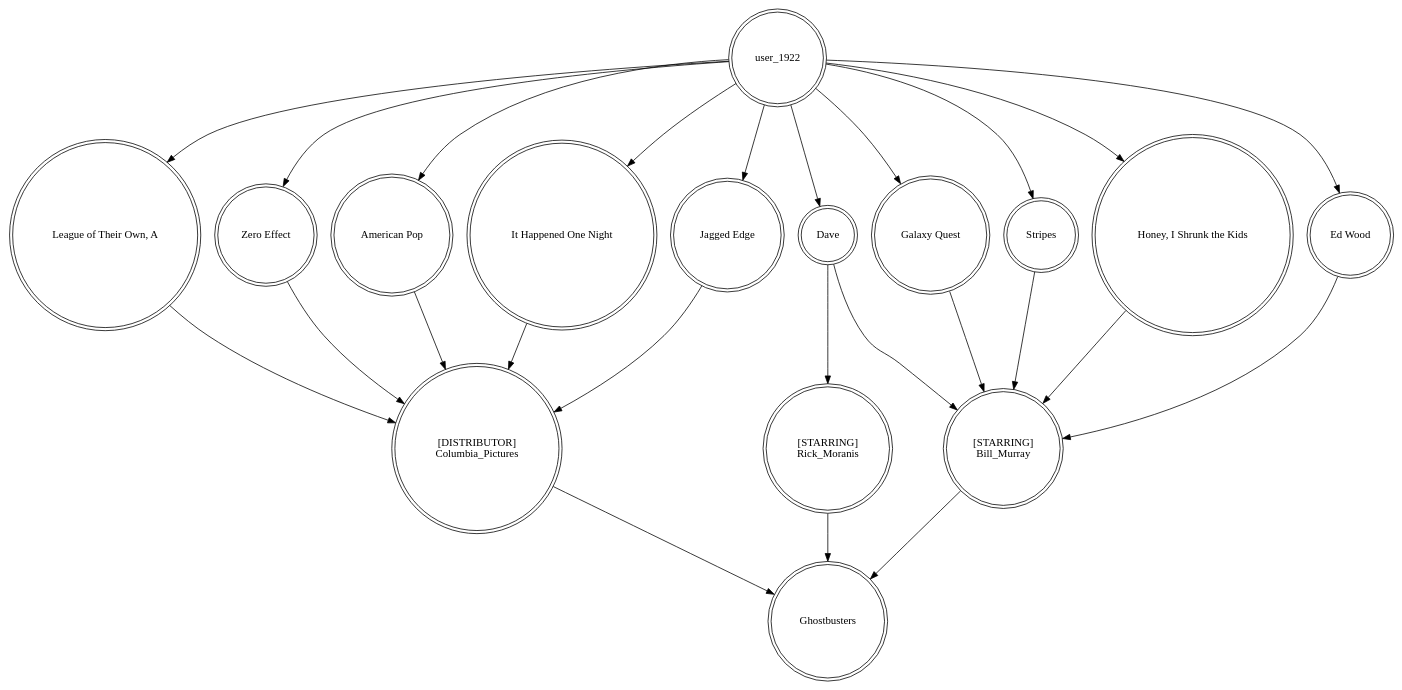
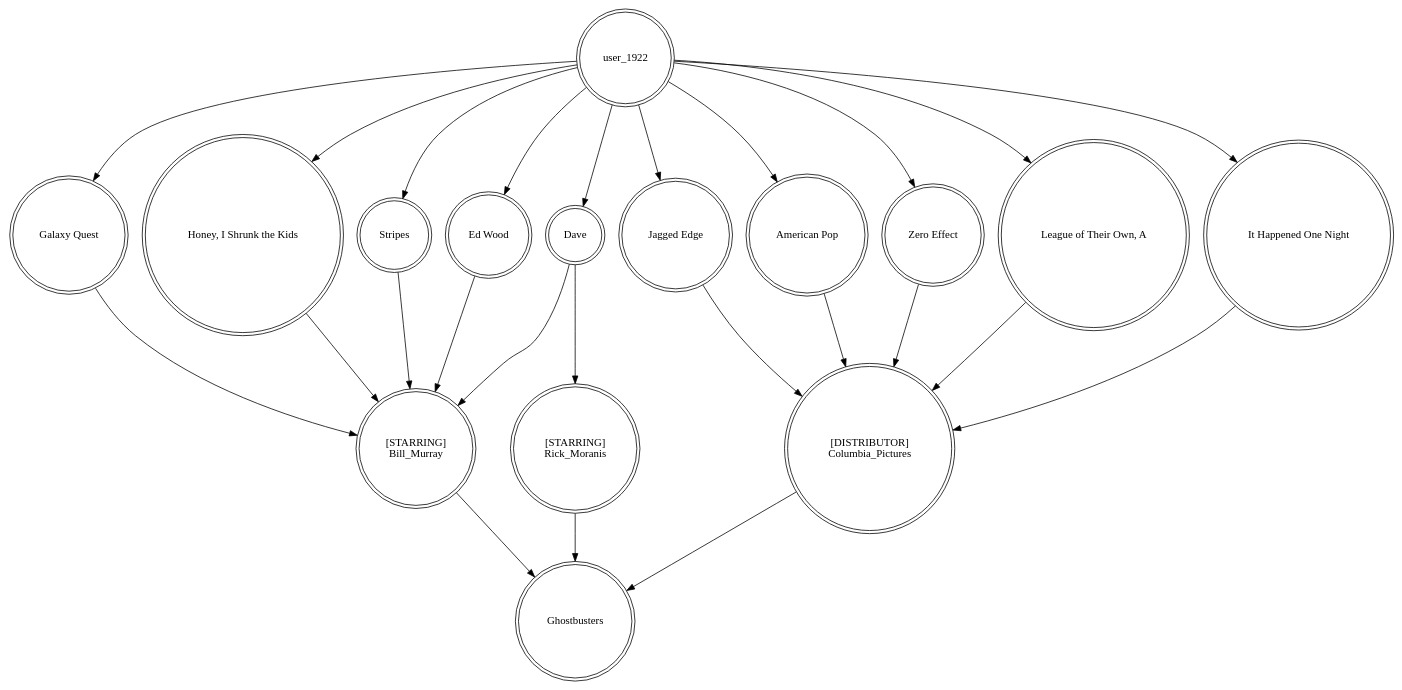
The diagram in cache/kgr_graph_user-user_1922_item-2716.gv (saiteja-siddana/Movie-Recommendations-GUI), drawn with Graphviz before and after one commit. The commit also changed other lines of this file and 244 other files, not shown here.

Commit message:
Added demo and updated old deprecated graphviz code

```diff
--- a/cache/kgr_graph_user-user_1922_item-2716.gv
+++ b/cache/kgr_graph_user-user_1922_item-2716.gv
@@ -1,41 +1,41 @@
 digraph finite_state_machine {
 	node [shape=doublecircle]
+	user_1922 -> "Galaxy Quest"
+	user_1922 -> "Jagged Edge"
+	"American Pop" -> "[DISTRIBUTOR]
+Columbia_Pictures"
+	user_1922 -> "Honey, I Shrunk the Kids"
+	"[STARRING]
+Bill_Murray" -> Ghostbusters
+	Dave -> "[STARRING]
+Rick_Moranis"
+	"Galaxy Quest" -> "[STARRING]
+Bill_Murray"
+	user_1922 -> Dave
+	"Zero Effect" -> "[DISTRIBUTOR]
+Columbia_Pictures"
 	"[STARRING]
 Rick_Moranis" -> Ghostbusters
-	user_1922 -> "League of Their Own, A"
-	"Zero Effect" -> "[DISTRIBUTOR]
-Columbia_Pictures"
-	Dave -> "[STARRING]
-Bill_Murray"
-	user_1922 -> "American Pop"
-	user_1922 -> "Galaxy Quest"
-	"It Happened One Night" -> "[DISTRIBUTOR]
-Columbia_Pictures"
-	Stripes -> "[STARRING]
-Bill_Murray"
-	user_1922 -> Stripes
 	"[DISTRIBUTOR]
 Columbia_Pictures" -> Ghostbusters
+	user_1922 -> Stripes
+	user_1922 -> "Zero Effect"
 	Dave -> "[STARRING]
-Rick_Moranis"
-	"Jagged Edge" -> "[DISTRIBUTOR]
-Columbia_Pictures"
-	"[STARRING]
-Bill_Murray" -> Ghostbusters
-	user_1922 -> "Jagged Edge"
-	user_1922 -> Dave
-	user_1922 -> "Zero Effect"
-	user_1922 -> "Honey, I Shrunk the Kids"
-	"Honey, I Shrunk the Kids" -> "[STARRING]
 Bill_Murray"
 	"Ed Wood" -> "[STARRING]
 Bill_Murray"
-	user_1922 -> "Ed Wood"
-	"Galaxy Quest" -> "[STARRING]
-Bill_Murray"
-	user_1922 -> "It Happened One Night"
-	"American Pop" -> "[DISTRIBUTOR]
-Columbia_Pictures"
 	"League of Their Own, A" -> "[DISTRIBUTOR]
 Columbia_Pictures"
+	user_1922 -> "League of Their Own, A"
+	Stripes -> "[STARRING]
+Bill_Murray"
+	"Jagged Edge" -> "[DISTRIBUTOR]
+Columbia_Pictures"
+	user_1922 -> "American Pop"
+	"It Happened One Night" -> "[DISTRIBUTOR]
+Columbia_Pictures"
+	"Honey, I Shrunk the Kids" -> "[STARRING]
+Bill_Murray"
+	user_1922 -> "Ed Wood"
+	user_1922 -> "It Happened One Night"
 }
```
